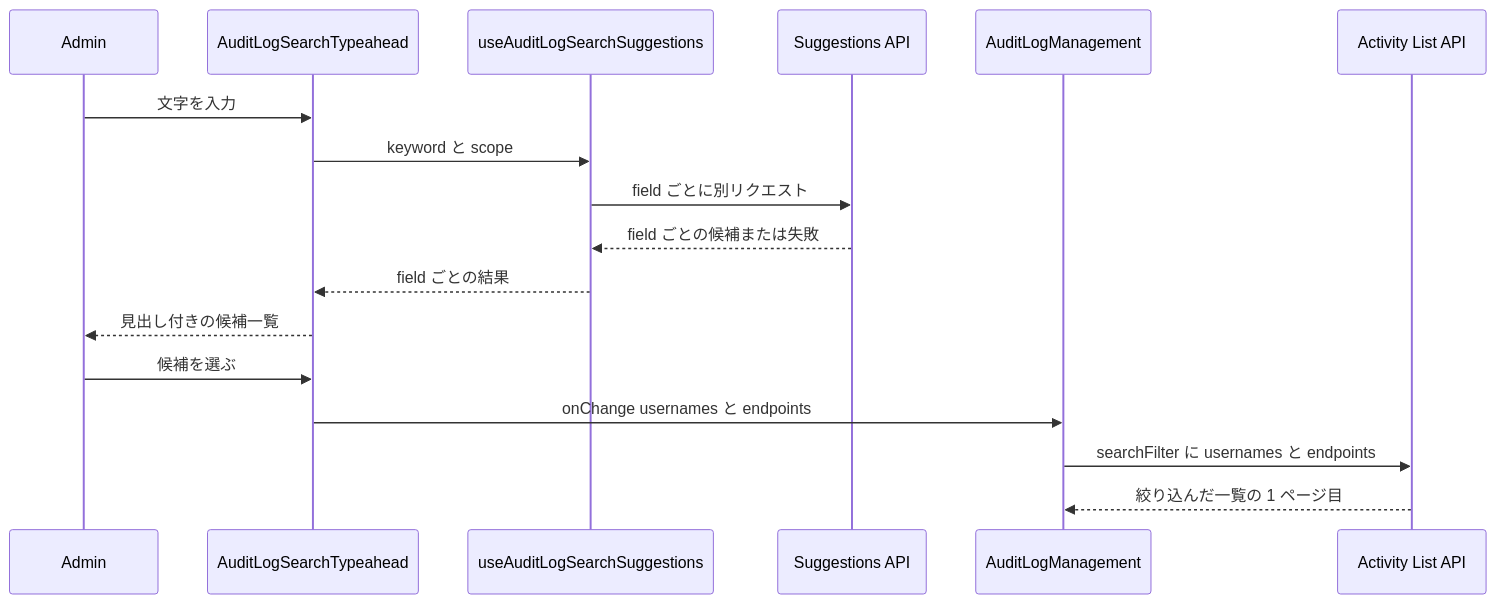
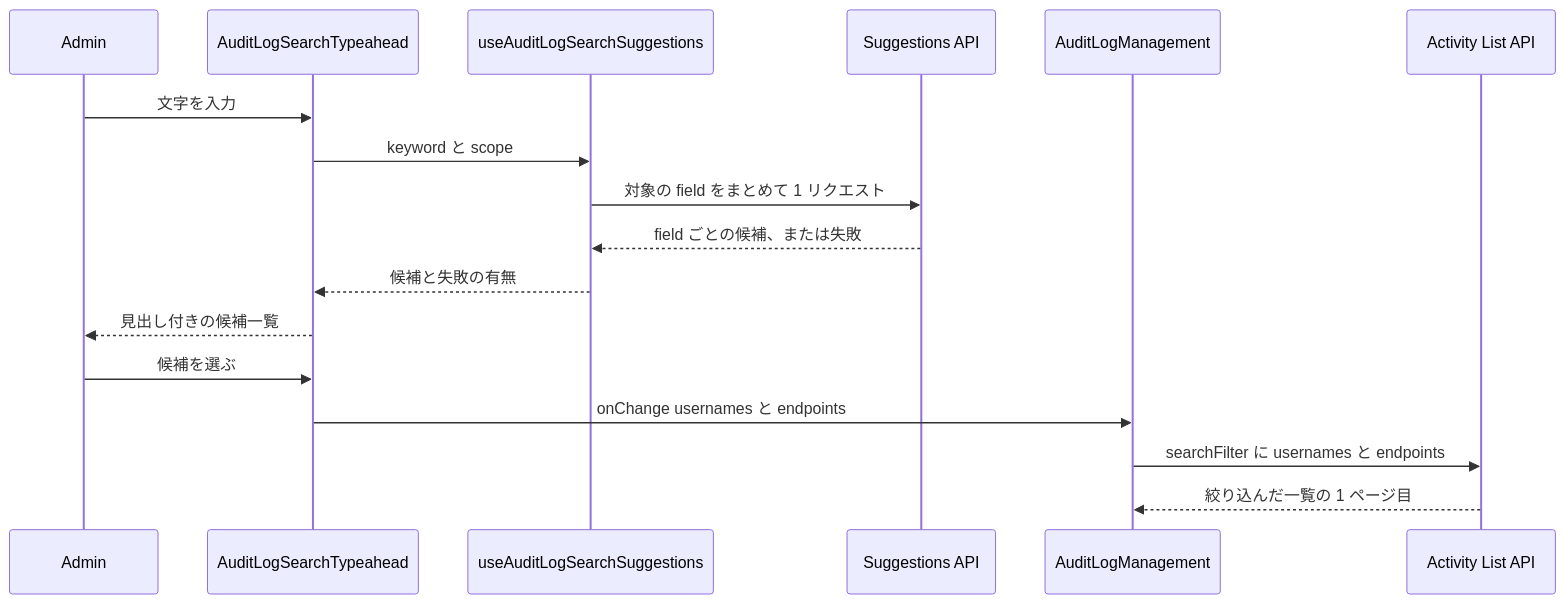
Before and after one commit to growilabs/growi: the second of 2 diagrams in .kiro/specs/auditlog-endpoint-search/design.md, drawn with Mermaid. The commit also changed other lines of this file and 4 other files, not shown here.

````diff
--- a/.kiro/specs/auditlog-endpoint-search/design.md
+++ b/.kiro/specs/auditlog-endpoint-search/design.md
@@ -125,19 +130,19 @@
 ```mermaid
 sequenceDiagram
     participant Admin
     participant SearchBox as AuditLogSearchTypeahead
     participant Hook as useAuditLogSearchSuggestions
     participant SuggestAPI as Suggestions API
     participant Screen as AuditLogManagement
     participant ListAPI as Activity List API
     Admin->>SearchBox: 文字を入力
     SearchBox->>Hook: keyword と scope
-    Hook->>SuggestAPI: field ごとに別リクエスト
-    SuggestAPI-->>Hook: field ごとの候補または失敗
-    Hook-->>SearchBox: field ごとの結果
+    Hook->>SuggestAPI: 対象の field をまとめて 1 リクエスト
+    SuggestAPI-->>Hook: field ごとの候補、または失敗
+    Hook-->>SearchBox: 候補と失敗の有無
     SearchBox-->>Admin: 見出し付きの候補一覧
     Admin->>SearchBox: 候補を選ぶ
     SearchBox->>Screen: onChange usernames と endpoints
     Screen->>ListAPI: searchFilter に usernames と endpoints
     ListAPI-->>Screen: 絞り込んだ一覧の 1 ページ目
 ```
````
